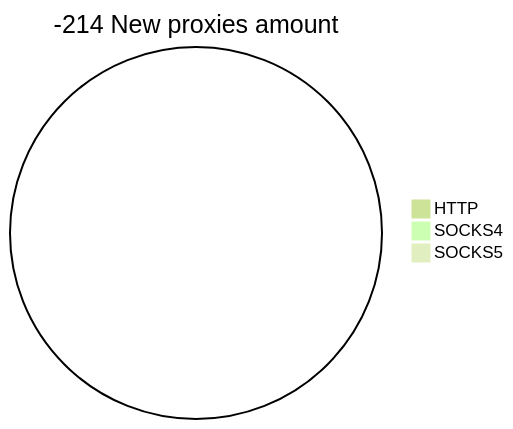
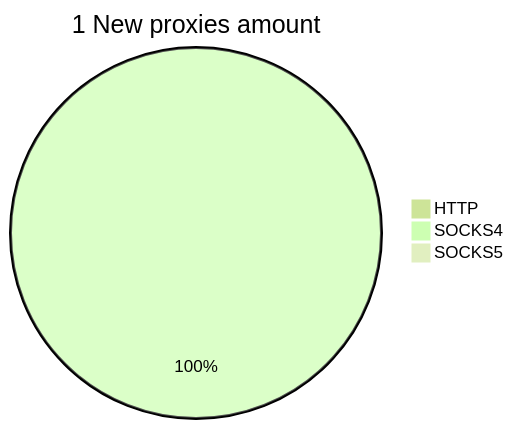
One commit to cutipu/proxylist changed the second of 2 diagrams in README.md. Above: the diagram before and after it, drawn with Mermaid (forest theme). The commit also changed other lines of this file, not shown here.

````diff
--- a/README.md
+++ b/README.md
@@ -10,6 +10,6 @@
 ```mermaid
-pie title -214 New proxies amount
+pie title 1 New proxies amount
     "HTTP" : 0
-    "SOCKS4" : 0
+    "SOCKS4" : 4
     "SOCKS5" : 0
 ```
````
